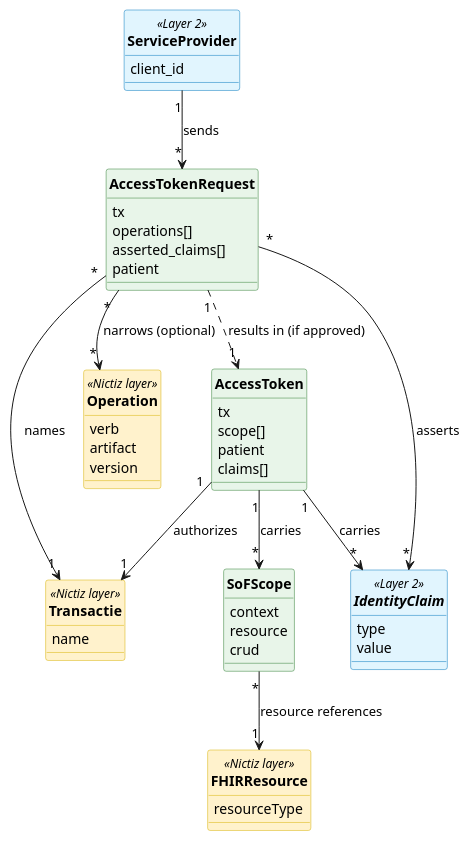
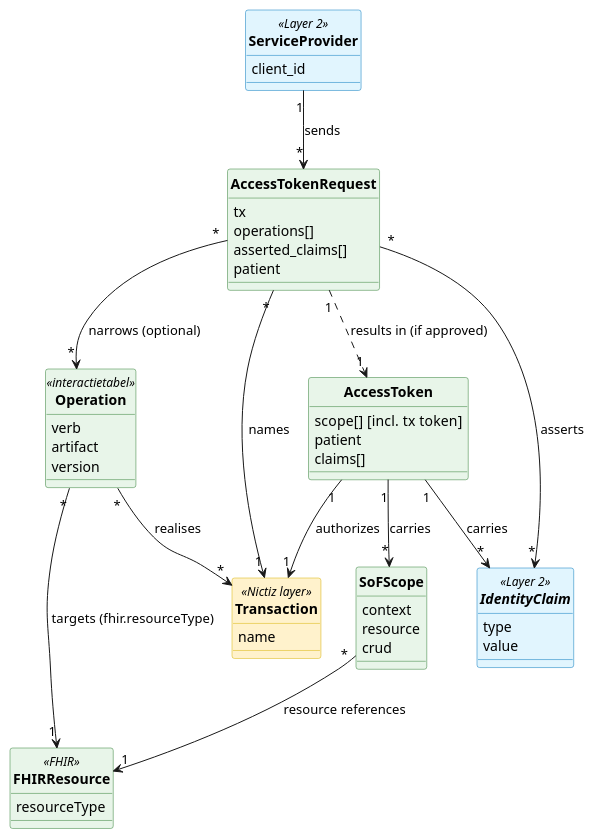
One commit to nuts-foundation/nl-generic-functions-ig changed the diagram in input/images-source/authorization-model-layer3.plantuml. Above: the diagram before and after it, drawn with PlantUML. The commit also changed 7 other files, not shown here.

```diff
--- a/input/images-source/authorization-model-layer3.plantuml
+++ b/input/images-source/authorization-model-layer3.plantuml
@@ -5,67 +5,74 @@
 @startuml authorization-model-layer3
 
 skinparam defaultFontName Arial
 skinparam backgroundColor white
 skinparam roundcorner 5
 skinparam classFontStyle bold
 skinparam classBackgroundColor #E8F5E9
 skinparam classBorderColor #2E7D32
 hide circle
 
 ' Layer 1 (Nictiz) entities referenced from this diagram (yellow)
-class Transactie <<Nictiz layer>> #FFF2CC ##D6B000 {
+class Transaction <<Nictiz layer>> #FFF2CC ##D6B000 {
   name
 }
-class Operation <<Nictiz layer>> #FFF2CC ##D6B000 {
+
+' Layer 3 realisation entities (green, like the OAuth artefacts):
+' the Operation is the AORTA interactietabel interactionId, not a
+' Nictiz layer-1 concept; FHIRResource is its FHIR realisation target.
+class Operation <<interactietabel>> {
   verb
   artifact
   version
 }
-class FHIRResource <<Nictiz layer>> #FFF2CC ##D6B000 {
+class FHIRResource <<FHIR>> {
   resourceType
 }
 
 ' Layer 2 entities referenced from this diagram (blue)
 abstract class IdentityClaim <<Layer 2>> #E1F5FE ##0277BD {
   type
   value
 }
 class ServiceProvider <<Layer 2>> #E1F5FE ##0277BD {
   client_id
 }
 
 ' Layer 3: OAuth wire artefacts
 class AccessTokenRequest {
   tx
   operations[]
   asserted_claims[]
   patient
 }
 
 class AccessToken {
-  tx
-  scope[]
+  scope[]  [incl. tx token]
   patient
   claims[]
 }
 
 class SoFScope {
   context
   resource
   crud
 }
 
+' Realisation: operations are reusable wire-level building blocks
+Operation "*" --> "*" Transaction : realises
+Operation "*" --> "1" FHIRResource : targets (fhir.resourceType)
+
 ' AT request: what the ServiceProvider sends to the AS
 ServiceProvider "1" --> "*" AccessTokenRequest : sends
-AccessTokenRequest "*" --> "1" Transactie : names
+AccessTokenRequest "*" --> "1" Transaction : names
 AccessTokenRequest "*" --> "*" Operation : narrows (optional)
 AccessTokenRequest "*" --> "*" IdentityClaim : asserts
 
 ' AT issued: what the AS returns on success
 AccessTokenRequest "1" ..> "1" AccessToken : results in (if approved)
-AccessToken "1" --> "1" Transactie : authorizes
+AccessToken "1" --> "1" Transaction : authorizes
 AccessToken "1" --> "*" IdentityClaim : carries
 AccessToken "1" --> "*" SoFScope : carries
 SoFScope "*" --> "1" FHIRResource : resource references
 
 @enduml
```
